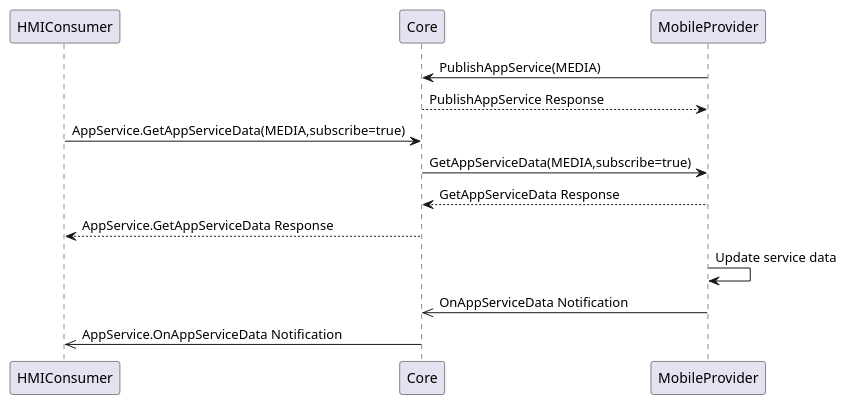
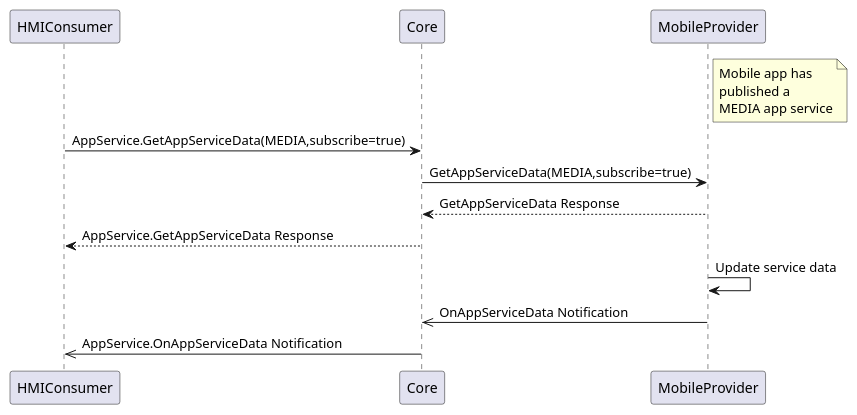
Before and after one commit to smartdevicelink/sdl_hmi_integration_guidelines: the diagram in docs/AppService/OnAppServiceData/assets/OnAppServiceData_HMI_ASC.puml, drawn with PlantUML. The commit also changed 9 other files, not shown here.

```diff
--- a/docs/AppService/OnAppServiceData/assets/OnAppServiceData_HMI_ASC.puml
+++ b/docs/AppService/OnAppServiceData/assets/OnAppServiceData_HMI_ASC.puml
@@ -1,16 +1,16 @@
 @startuml OnAppServiceData_HMI_ASC
 participant HMIConsumer
 participant Core
 participant MobileProvider
 
-MobileProvider -> Core: PublishAppService(MEDIA)
-Core --> MobileProvider: PublishAppService Response
+note right of MobileProvider: Mobile app has\npublished a\nMEDIA app service
+
 HMIConsumer -> Core: AppService.GetAppServiceData(MEDIA,subscribe=true)
 Core -> MobileProvider: GetAppServiceData(MEDIA,subscribe=true)
 MobileProvider --> Core: GetAppServiceData Response
 Core --> HMIConsumer: AppService.GetAppServiceData Response
 MobileProvider -> MobileProvider: Update service data
 MobileProvider ->> Core: OnAppServiceData Notification
 Core ->> HMIConsumer: AppService.OnAppServiceData Notification
 
 @enduml
```
